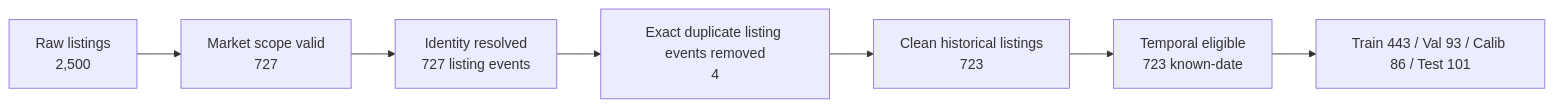
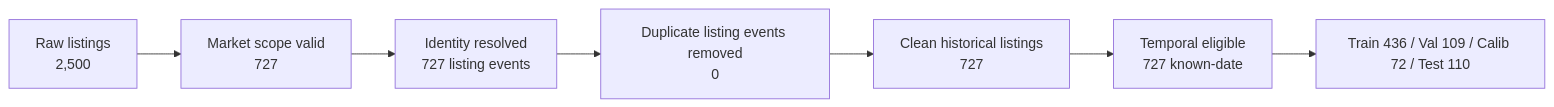
One commit to haminhthong/HCMC-Real-Estate-Price-Intelligence changed the second of 2 diagrams in README.md. Above: the diagram before and after it, drawn with Mermaid. The commit also changed other lines of this file and 30 other files, not shown here.

````diff
--- a/README.md
+++ b/README.md
@@ -168,9 +174,9 @@
 ```mermaid
 flowchart LR
     A[Raw listings\n2,500] --> B[Market scope valid\n727]
     B --> C[Identity resolved\n727 listing events]
-    C --> D[Exact duplicate listing events removed\n4]
-    D --> E[Clean historical listings\n723]
-    E --> F[Temporal eligible\n723 known-date]
-    F --> G[Train 443 / Val 93 / Calib 86 / Test 101]
+    C --> D[Duplicate listing events removed\n0]
+    D --> E[Clean historical listings\n727]
+    E --> F[Temporal eligible\n727 known-date]
+    F --> G[Train 436 / Val 109 / Calib 72 / Test 110]
 ```
````
